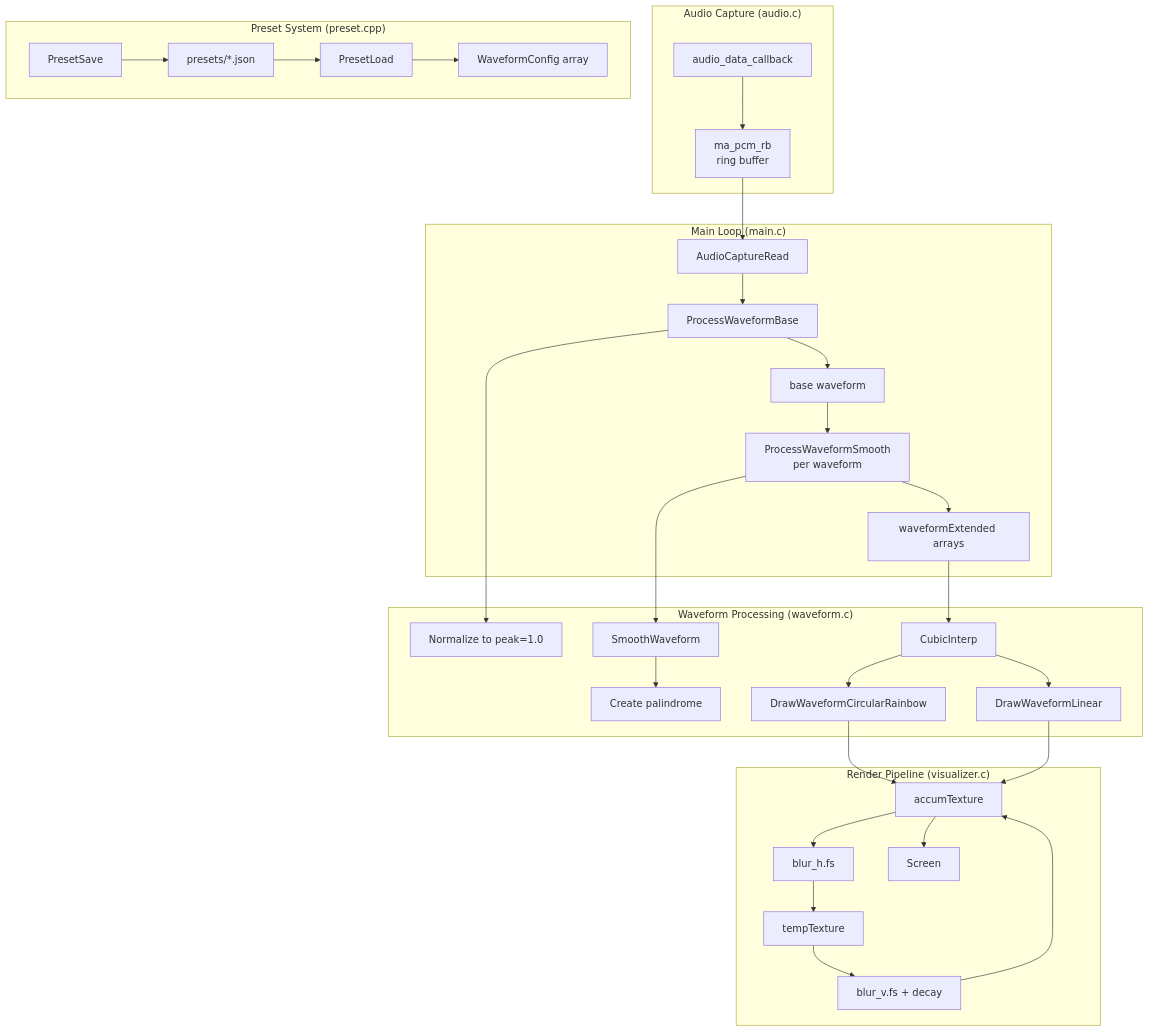
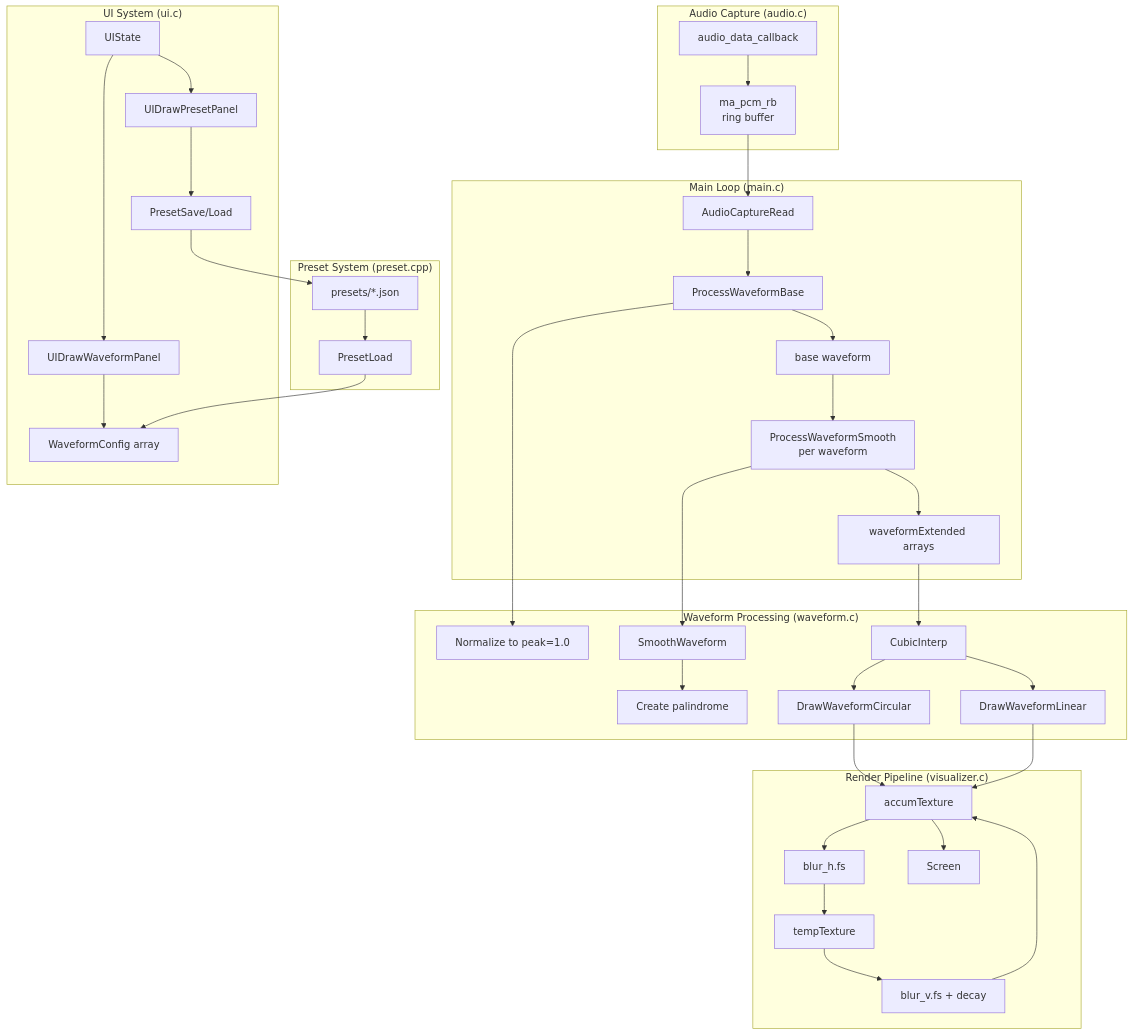
Before and after one commit to EvanLavender13/audio-jones: the diagram in docs/architecture.md, drawn with Mermaid. The commit also changed other lines of this file and 5 other files, not shown here.

````diff
--- a/docs/architecture.md
+++ b/docs/architecture.md
@@ -11,40 +11,47 @@
 ```mermaid
 flowchart TD
     subgraph Audio["Audio Capture (audio.c)"]
         CB[audio_data_callback] --> RB[ma_pcm_rb<br/>ring buffer]
     end
 
     subgraph Main["Main Loop (main.c)"]
         RD[AudioCaptureRead] --> PWB[ProcessWaveformBase]
         PWB --> WF[base waveform]
         WF --> PWS[ProcessWaveformSmooth<br/>per waveform]
         PWS --> WFE[waveformExtended arrays]
     end
 
     subgraph Waveform["Waveform Processing (waveform.c)"]
         PWB --> NRM[Normalize to peak=1.0]
         PWS --> SM[SmoothWaveform]
         SM --> PAL[Create palindrome]
         WFE --> CI[CubicInterp]
-        CI --> DWC[DrawWaveformCircularRainbow]
+        CI --> DWC[DrawWaveformCircular]
         CI --> DWL[DrawWaveformLinear]
     end
 
     subgraph Visualizer["Render Pipeline (visualizer.c)"]
         AT[accumTexture] --> BH[blur_h.fs]
         BH --> TT[tempTexture]
         TT --> BV[blur_v.fs + decay]
         BV --> AT
         DWC --> AT
         DWL --> AT
         AT --> SC[Screen]
     end
 
+    subgraph UI["UI System (ui.c)"]
+        UIS[UIState] --> WP[UIDrawWaveformPanel]
+        UIS --> PP[UIDrawPresetPanel]
+        WP --> CFG[WaveformConfig array]
+        PP --> PS[PresetSave/Load]
+    end
+
     subgraph Preset["Preset System (preset.cpp)"]
-        PS[PresetSave] --> JSON[presets/*.json]
+        PS --> JSON[presets/*.json]
         JSON --> PL[PresetLoad]
-        PL --> CFG[WaveformConfig array]
+        PL --> CFG
     end
 
     RB --> RD
 ```
````
